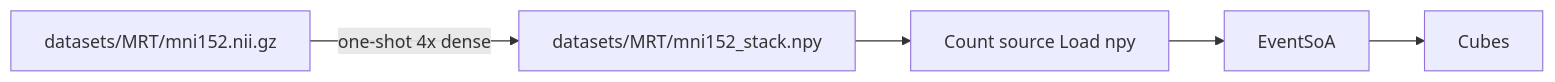
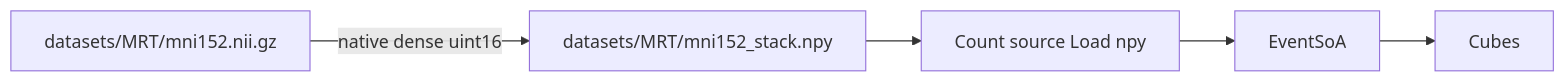
Before and after one commit to PiMaV/DONNER: the seventh of 29 diagrams in architecture.md, drawn with Mermaid. The commit also changed other lines of this file and 33 other files, not shown here.

First line of the commit message:
Ship MNI/Ignition, XR-C-0, and Inspect hull SoA on main so dense cubes stay interactive.

````diff
--- a/architecture.md
+++ b/architecture.md
@@ -154,9 +176,9 @@
 ```mermaid
 flowchart LR
   nii[datasets/MRT/mni152.nii.gz]
   mniNpy[datasets/MRT/mni152_stack.npy]
   countLoad[Count source Load npy]
   soaMri[EventSoA]
   cubesMri[Cubes]
-  nii -->|"one-shot 4x dense"| mniNpy --> countLoad --> soaMri --> cubesMri
+  nii -->|"native dense uint16"| mniNpy --> countLoad --> soaMri --> cubesMri
 ```
````
